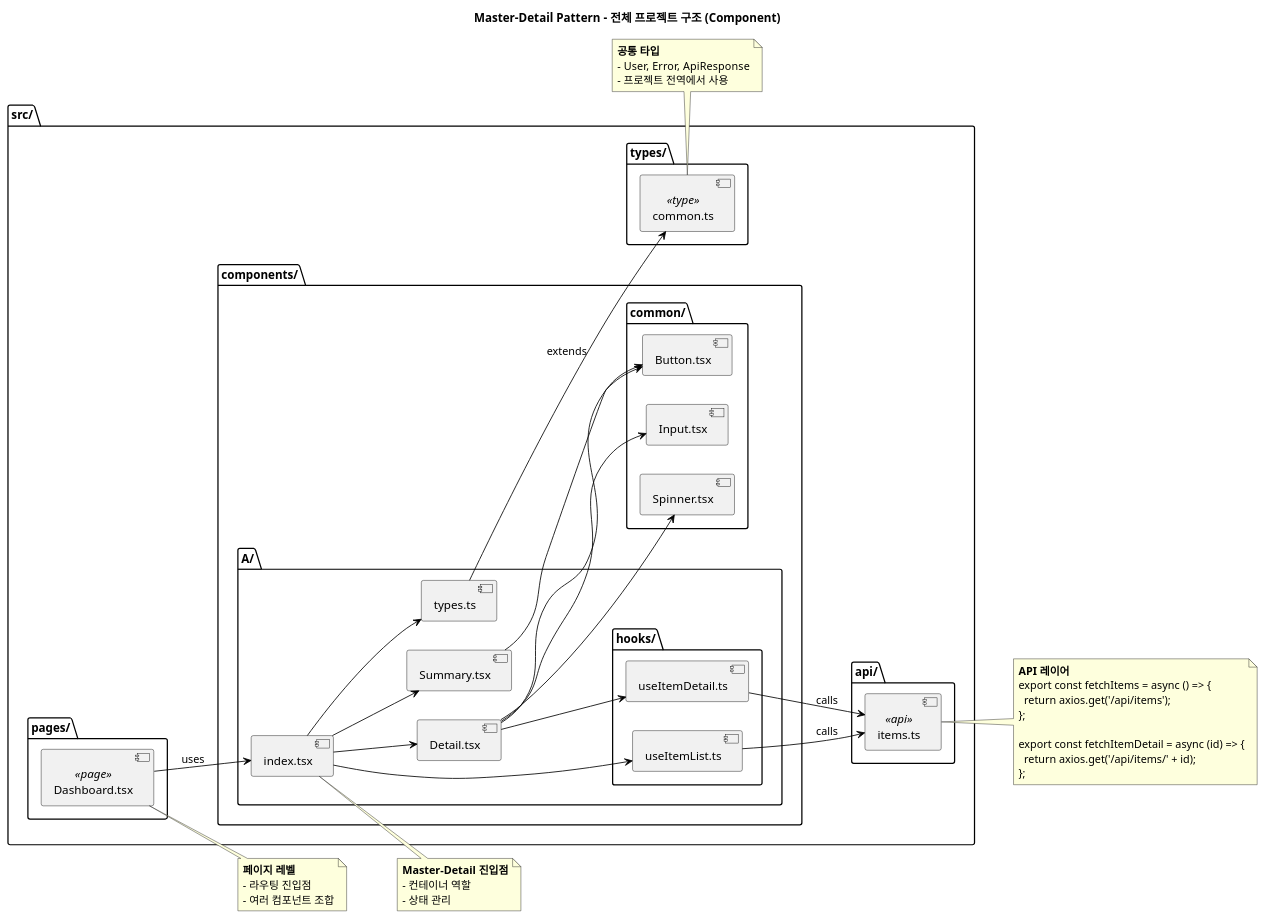
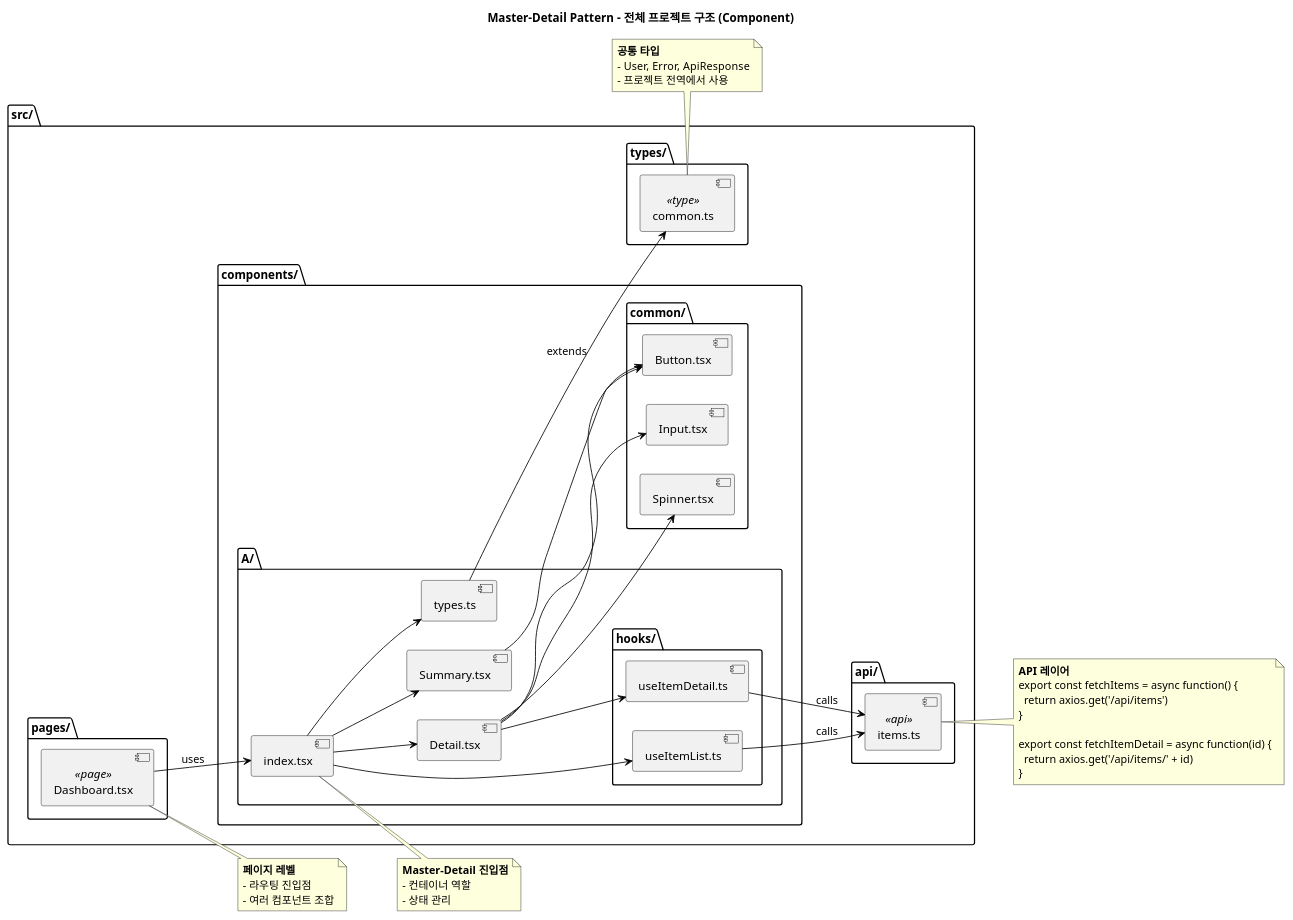
One commit to masterhyuns/elastic-search-study changed the second of 5 diagrams in docs/diagrams/components/06-master-detail-component.puml. Above: the diagram before and after it, drawn with PlantUML. The commit also changed other lines of this file and 2 other files, not shown here.

First line of the commit message:
fix: Master-Detail 다이어그램 PlantUML 문법 에러 수정

```diff
--- a/docs/diagrams/components/06-master-detail-component.puml
+++ b/docs/diagrams/components/06-master-detail-component.puml
@@ -156,92 +154,92 @@
 @startuml master-detail-component-full-project
 title Master-Detail Pattern - 전체 프로젝트 구조 (Component)
 
 skinparam component {
   BorderColor Black
   ArrowColor Black
 }
 
 left to right direction
 
 package "src/" {
 
   package "pages/" {
     component "Dashboard.tsx" as Dashboard <<page>>
   }
 
   package "components/" {
     package "A/" {
       component "index.tsx" as AIndex
       component "Summary.tsx" as ASummary
       component "Detail.tsx" as ADetail
       component "types.ts" as ATypes
 
       package "hooks/" {
         component "useItemList.ts" as AUseList
         component "useItemDetail.ts" as AUseDetail
       }
     }
 
     package "common/" {
       component "Button.tsx" as Button
       component "Input.tsx" as Input
       component "Spinner.tsx" as Spinner
     }
   }
 
   package "api/" {
     component "items.ts" as ItemsAPI <<api>>
   }
 
   package "types/" {
     component "common.ts" as CommonTypes <<type>>
   }
 }
 
 Dashboard --> AIndex : uses
 AIndex --> ASummary
 AIndex --> ADetail
 AIndex --> ATypes
 AIndex --> AUseList
 ADetail --> AUseDetail
 ADetail --> Spinner
 
 ASummary --> Button
 ADetail --> Button
 ADetail --> Input
 
 AUseList --> ItemsAPI : calls
 AUseDetail --> ItemsAPI : calls
 
 ATypes --> CommonTypes : extends
 
 note right of Dashboard
   **페이지 레벨**
   - 라우팅 진입점
   - 여러 컴포넌트 조합
 end note
 
 note right of AIndex
   **Master-Detail 진입점**
   - 컨테이너 역할
   - 상태 관리
 end note
 
 note right of ItemsAPI
   **API 레이어**
-  export const fetchItems = async () => {
-    return axios.get('/api/items');
-  };
+  export const fetchItems = async function() {
+    return axios.get('/api/items')
+  }
 
-  export const fetchItemDetail = async (id) => {
-    return axios.get('/api/items/' + id);
-  };
+  export const fetchItemDetail = async function(id) {
+    return axios.get('/api/items/' + id)
+  }
 end note
 
 note bottom of CommonTypes
   **공통 타입**
   - User, Error, ApiResponse
   - 프로젝트 전역에서 사용
 end note
 
 @enduml
```
